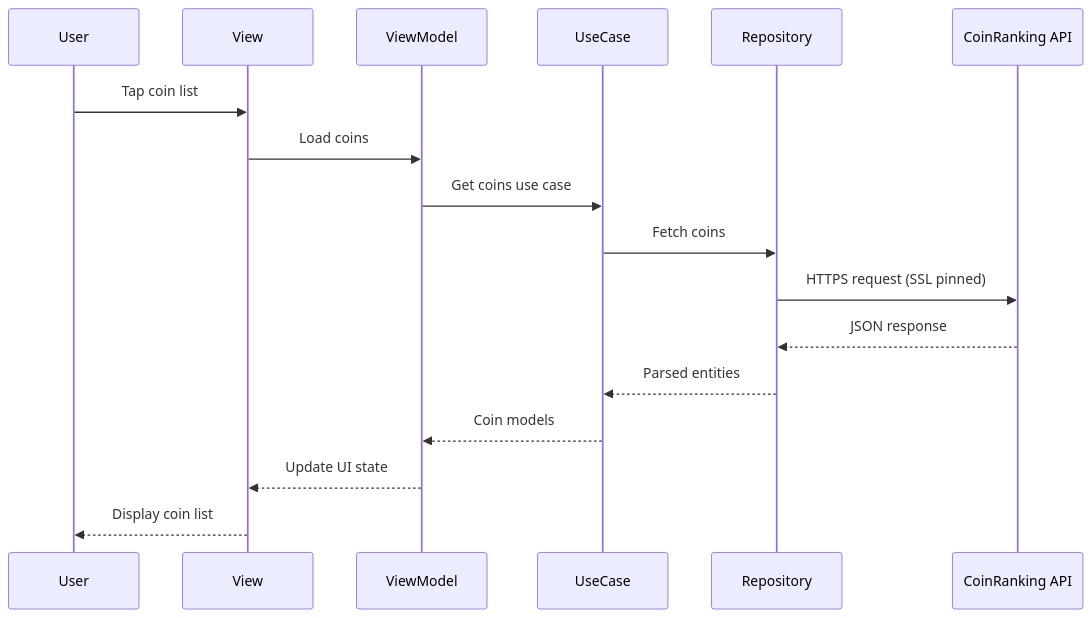
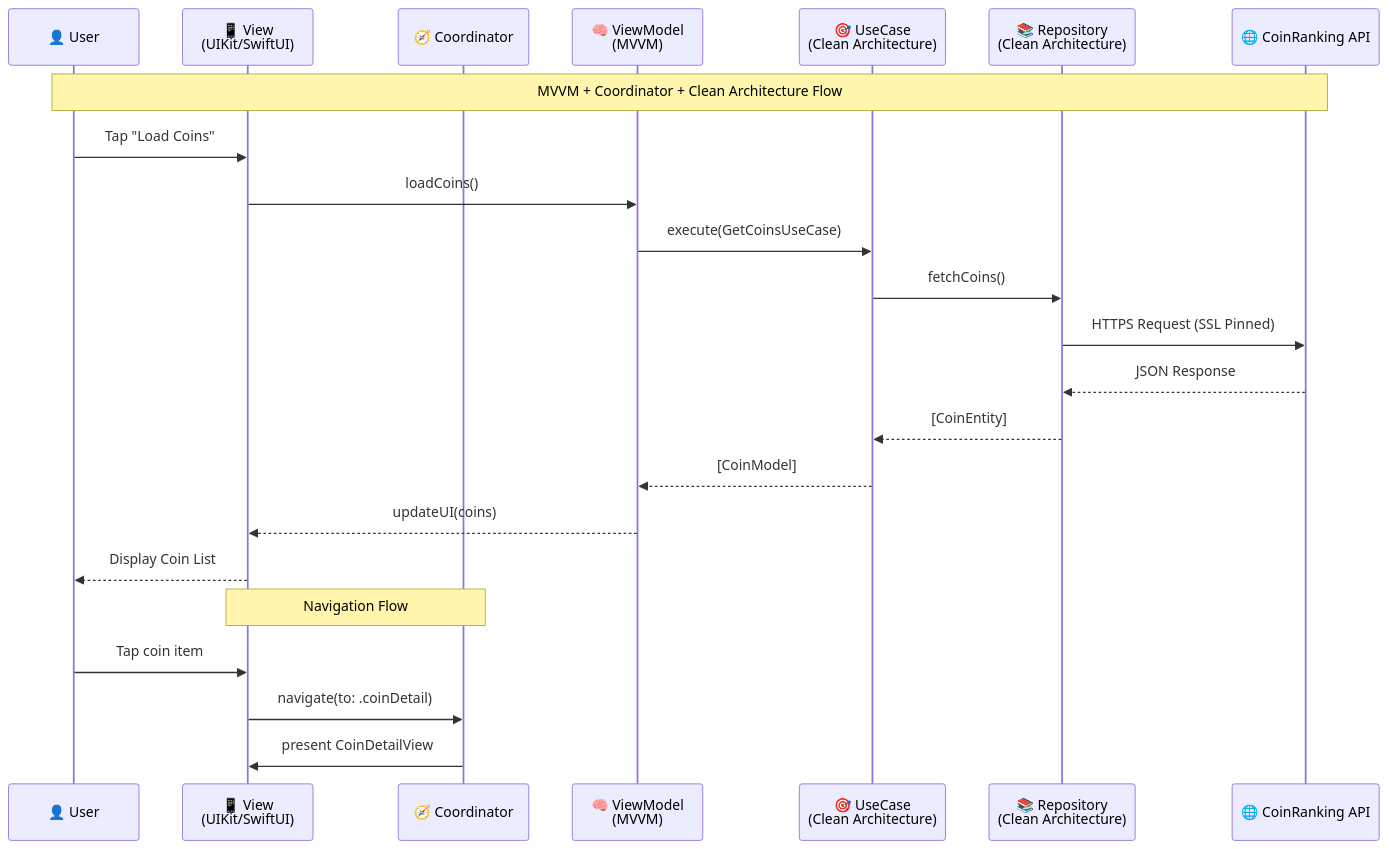
The second of 3 diagrams in README.md (rahnsoft/CoinRankingiOSApp), drawn with Mermaid before and after one commit. The commit also changed other lines of this file, not shown here.

````diff
--- a/README.md
+++ b/README.md
@@ -172,20 +280,28 @@
 ```mermaid
 sequenceDiagram
-    participant U as User
-    participant V as View
-    participant VM as ViewModel
-    participant UC as UseCase
-    participant R as Repository
-    participant API as CoinRanking API
+    participant U as 👤 User
+    participant V as 📱 View<br/>(UIKit/SwiftUI)
+    participant C as 🧭 Coordinator
+    participant VM as 🧠 ViewModel<br/>(MVVM)
+    participant UC as 🎯 UseCase<br/>(Clean Architecture)
+    participant R as 📚 Repository<br/>(Clean Architecture)
+    participant API as 🌐 CoinRanking API
     
-    U->>V: Tap coin list
-    V->>VM: Load coins
-    VM->>UC: Get coins use case
-    UC->>R: Fetch coins
-    R->>API: HTTPS request (SSL pinned)
-    API-->>R: JSON response
-    R-->>UC: Parsed entities
-    UC-->>VM: Coin models
-    VM-->>V: Update UI state
-    V-->>U: Display coin list
+    Note over U,API: MVVM + Coordinator + Clean Architecture Flow
+    
+    U->>V: Tap "Load Coins"
+    V->>VM: loadCoins()
+    VM->>UC: execute(GetCoinsUseCase)
+    UC->>R: fetchCoins()
+    R->>API: HTTPS Request (SSL Pinned)
+    API-->>R: JSON Response
+    R-->>UC: [CoinEntity]
+    UC-->>VM: [CoinModel]
+    VM-->>V: updateUI(coins)
+    V-->>U: Display Coin List
+    
+    Note over V,C: Navigation Flow
+    U->>V: Tap coin item
+    V->>C: navigate(to: .coinDetail)
+    C->>V: present CoinDetailView
 ```
````
